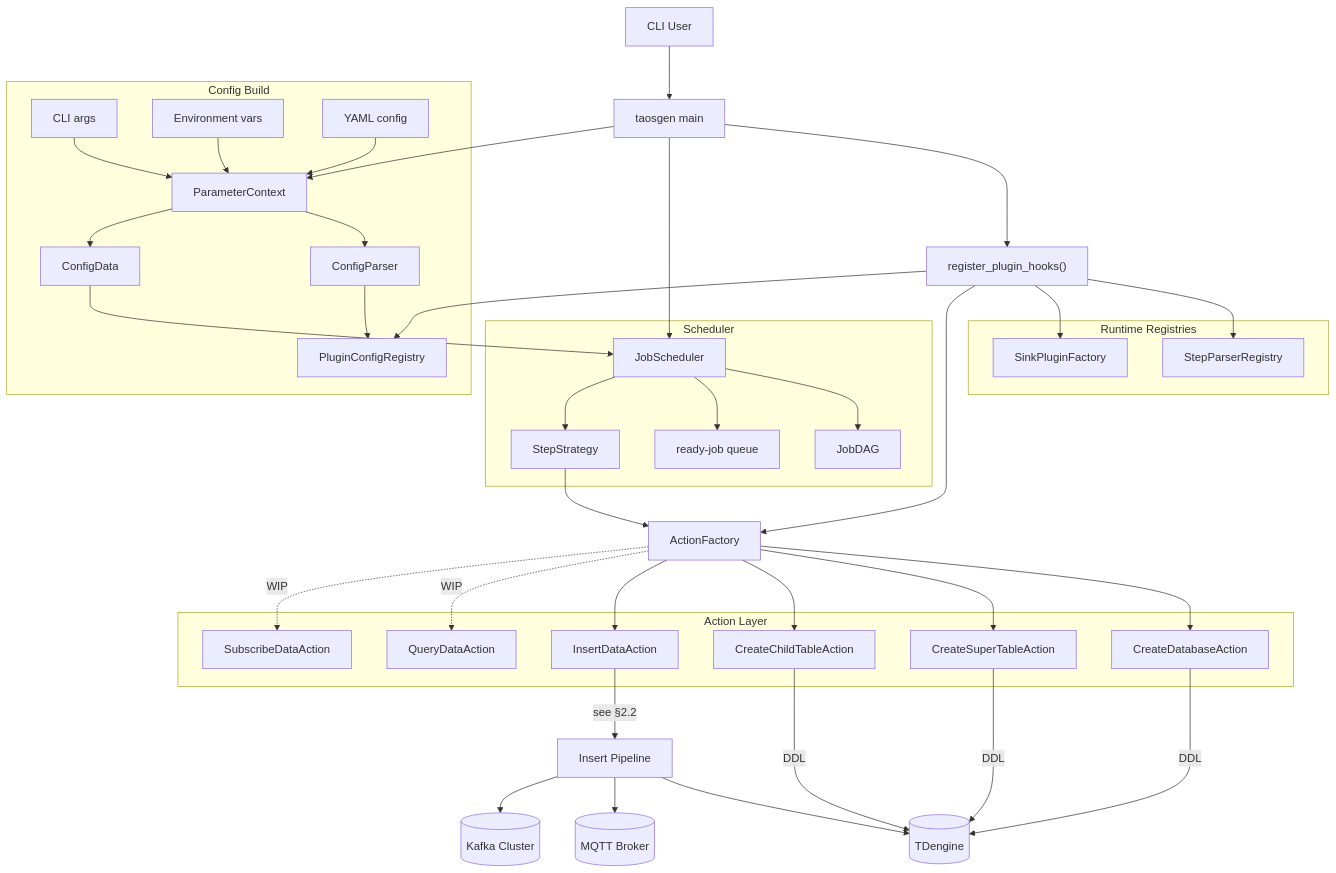
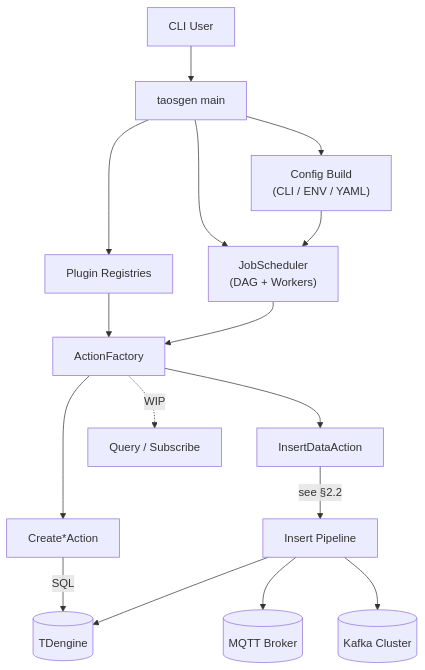
One commit to taosdata/taosgen changed the first of 3 diagrams in README-CN.md. Above: the diagram before and after it, drawn with Mermaid. The commit also changed other lines of this file and 1 other file, not shown here.

Commit message:
docs: further streamline the overview chart

````diff
--- a/README-CN.md
+++ b/README-CN.md
@@ -55,55 +55,21 @@
 ```mermaid
 flowchart TB
   U["CLI User"] --> M["taosgen main"]
-  M --> PC["ParameterContext"]
-  M --> RH["register_plugin_hooks()"]
-  M --> JS["JobScheduler"]
+  M --> CFG["Config Build<br/>(CLI / ENV / YAML)"]
+  M --> REG["Plugin Registries"]
+  M --> SCH["JobScheduler<br/>(DAG + Workers)"]
 
-  subgraph CFG["Config Build"]
-    CLI["CLI args"] --> PC
-    ENV["Environment vars"] --> PC
-    YAML["YAML config"] --> PC
-    PC --> CP["ConfigParser"]
-    CP --> PCR
-    PC --> CD["ConfigData"]
-  end
+  CFG --> SCH
+  REG --> AFR["ActionFactory"]
+  SCH --> AFR
 
-  subgraph REG["Runtime Registries"]
-    PCR["PluginConfigRegistry"]
-    SPR["StepParserRegistry"]
-    SPF["SinkPluginFactory"]
-  end
+  AFR --> DDL["Create*Action"]
+  AFR --> A4["InsertDataAction"]
+  AFR -. WIP .-> QS["Query / Subscribe"]
 
-  RH --> PCR
-  RH --> SPR
-  RH --> SPF
-
-  CD --> JS
-
-  subgraph SCH["Scheduler"]
-    JS --> DAG["JobDAG"]
-    JS --> RQ["ready-job queue"]
-    JS --> SS["StepStrategy"]
-  end
-
-  RH --> AFR["ActionFactory"]
-  SS --> AFR
-
-  subgraph ACT["Action Layer"]
-    A1["CreateDatabaseAction"]
-    A2["CreateSuperTableAction"]
-    A3["CreateChildTableAction"]
-    A4["InsertDataAction"]
-    A5["QueryDataAction"]
-    A6["SubscribeDataAction"]
-  end
-
-  AFR --> A1 & A2 & A3 & A4
-  AFR -. WIP .-> A5 & A6
-
-  A1 & A2 & A3 -->|DDL| TD[("TDengine")]
+  DDL -->|SQL| TD[("TDengine")]
   A4 -->|"see §2.2"| INS["Insert Pipeline"]
   INS --> TD
   INS --> MQ[("MQTT Broker")]
   INS --> KF[("Kafka Cluster")]
 ```
````
